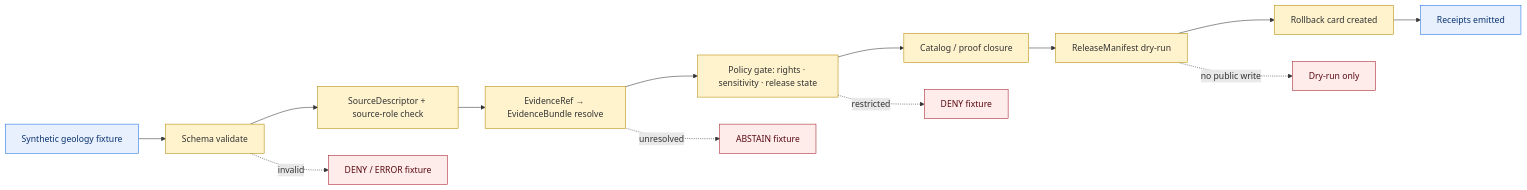
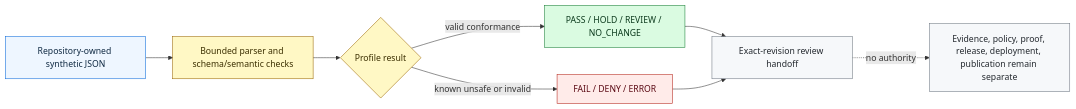
One commit to bartytime4life/Kansas-Frontier-Matrix changed the diagram in docs/runbooks/geology/NO_NETWORK_TEST_RUNBOOK.md. Above: the diagram before and after it, drawn with Mermaid. The commit also changed other lines of this file, not shown here.

Commit message:
docs(geology): ground no-network test runbook

````diff
--- a/docs/runbooks/geology/NO_NETWORK_TEST_RUNBOOK.md
+++ b/docs/runbooks/geology/NO_NETWORK_TEST_RUNBOOK.md
@@ -181,23 +255,21 @@
 ```mermaid
 flowchart LR
-    A[Synthetic geology fixture] --> B[Schema validate]
-    B --> C[SourceDescriptor + source-role check]
-    C --> D[EvidenceRef → EvidenceBundle resolve]
-    D --> E[Policy gate: rights · sensitivity · release state]
-    E --> F[Catalog / proof closure]
-    F --> G[ReleaseManifest dry-run]
-    G --> H[Rollback card created]
-    H --> I[Receipts emitted]
+  A["Repository-owned synthetic JSON"] --> B["Bounded parser and schema/semantic checks"]
+  B --> C{"Profile result"}
+  C -->|valid conformance| D["PASS / HOLD / REVIEW / NO_CHANGE"]
+  C -->|known unsafe or invalid| E["FAIL / DENY / ERROR"]
+  D --> F["Exact-revision review handoff"]
+  E --> F
+  F -. no authority .-> G["Evidence, policy, proof, release, deployment, publication remain separate"]
 
-    B -. invalid .-> X[DENY / ERROR fixture]
-    D -. unresolved .-> Y[ABSTAIN fixture]
-    E -. restricted .-> Z[DENY fixture]
-    G -. no public write .-> P[Dry-run only]
-
-    classDef gate fill:#fff3cd,stroke:#b58900,stroke-width:1px,color:#333;
-    classDef terminal fill:#e8f0fe,stroke:#1a73e8,stroke-width:1px,color:#0a3370;
-    classDef negative fill:#fdecea,stroke:#a61b29,stroke-width:1px,color:#5b0a14;
-    class B,C,D,E,F,G,H gate;
-    class A,I terminal;
-    class X,Y,Z,P negative;
+  classDef input fill:#eef6ff,stroke:#0969da,color:#102a43;
+  classDef gate fill:#fff8c5,stroke:#9a6700,color:#3b2f00;
+  classDef safe fill:#dafbe1,stroke:#1a7f37,color:#0d3b1e;
+  classDef deny fill:#ffebe9,stroke:#b42318,color:#5b0a14;
+  classDef hold fill:#f6f8fa,stroke:#6e7781,color:#24292f;
+  class A input;
+  class B,C gate;
+  class D safe;
+  class E deny;
+  class F,G hold;
 ```
````
